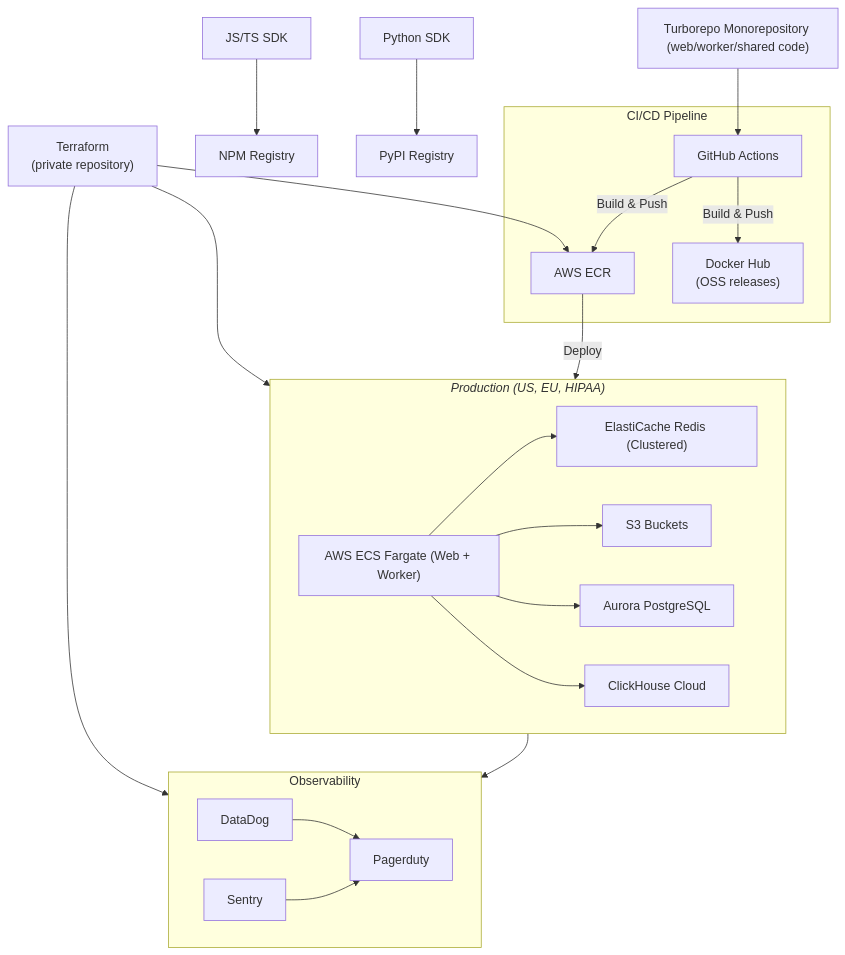
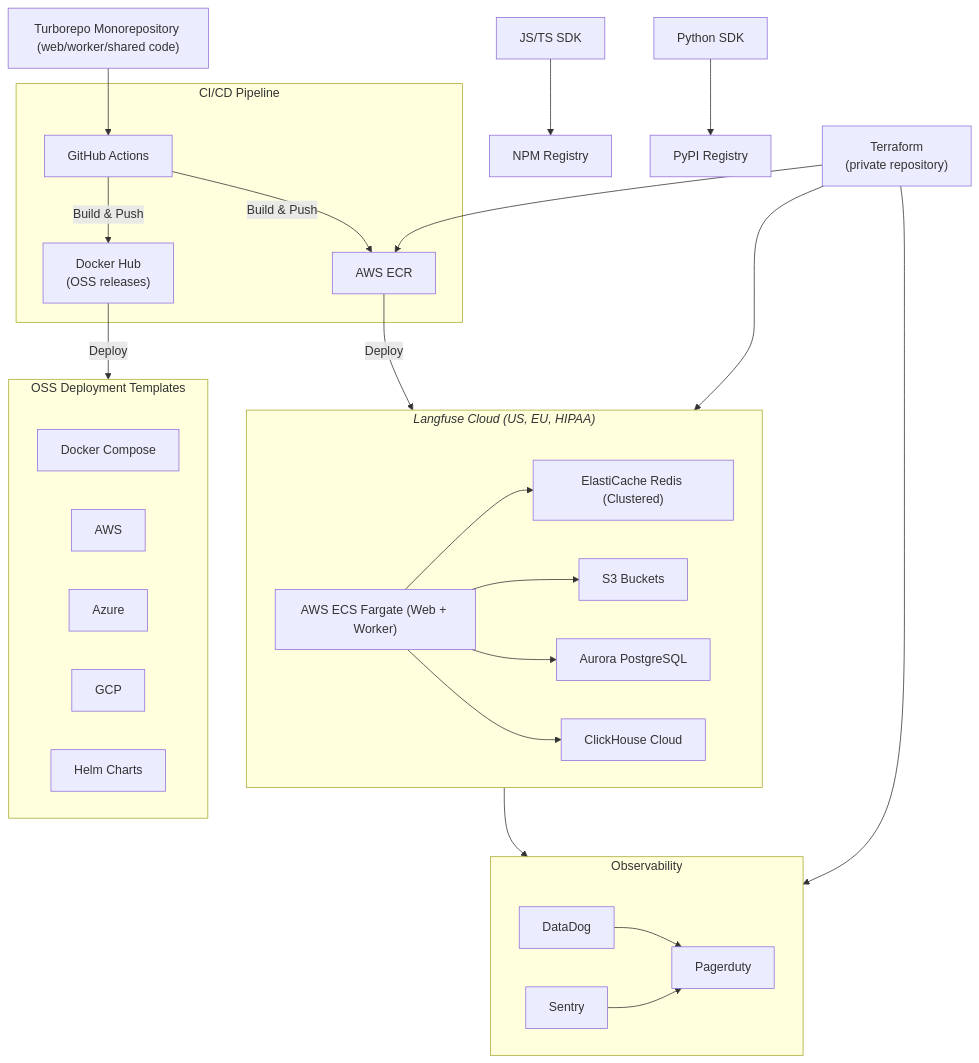
One commit to langfuse/langfuse-docs changed the third of 3 diagrams in pages/handbook/product-engineering/architecture.mdx. Above: the diagram before and after it, drawn with Mermaid. The commit also changed other lines of this file, not shown here.

````diff
--- a/pages/handbook/product-engineering/architecture.mdx
+++ b/pages/handbook/product-engineering/architecture.mdx
@@ -64,49 +65,69 @@
 ```mermaid
+---
+config:
+  flowchart:
+    subGraphTitleMargin:
+      bottom: 30
+---
 graph TB
+
 
     MR["Turborepo Monorepository (web/worker/shared code)"]
     Python["Python SDK"]
     JS["JS/TS SDK"]
 
     NPM["NPM Registry"]
     PYPI["PyPI Registry"]
 
 
     JS --> NPM
     Python --> PYPI
-  
+
 
     GHA["GitHub Actions"]
-    
+
     MR --> GHA
 
     TF["Terraform <br/>(private repository)"]
     TF --> ECR
     TF --> VPN
     TF --> Observability
 
 
     subgraph CD["CI/CD Pipeline"]
         GHA -->|Build & Push| ECR[AWS ECR]
         GHA -->|Build & Push| DockerHub["Docker Hub<br/>(OSS releases)"]
     end
     ECR -->|Deploy| VPN
-    subgraph VPN["<span style='display:block; width:100%; text-align:left; white-space: nowrap;'><i>Production (US, EU, HIPAA)</i></span>"]
+    subgraph VPN["<span style='display:block; width:100%; text-align:left; white-space: nowrap;'><i>Langfuse Cloud (US, EU, HIPAA)</i></span>"]
         ECS["AWS ECS Fargate (Web + Worker)"]
         ECS --> ElastiCache["ElastiCache Redis (Clustered)"]
         ECS --> S3[S3 Buckets]
         ECS --> Aurora[Aurora PostgreSQL]
         ECS --> CH[ClickHouse Cloud]
     end
+
+    subgraph OSS["OSS Deployment Templates"]
+        direction LR
+        DockerCompose["Docker Compose"]
+        AWSCustomer["AWS"]
+        AzureCustomer["Azure"]
+        GCPCustomer["GCP"]
+        HelmCharts["Helm Charts"]
+    end
+
+    DockerHub -->|Deploy| OSS
+
+
 
     subgraph "Observability"
         DataDog
         Sentry
         Pagerduty
 
         DataDog --> Pagerduty
         Sentry --> Pagerduty
     end
 
     VPN --> Observability
 ```
````
